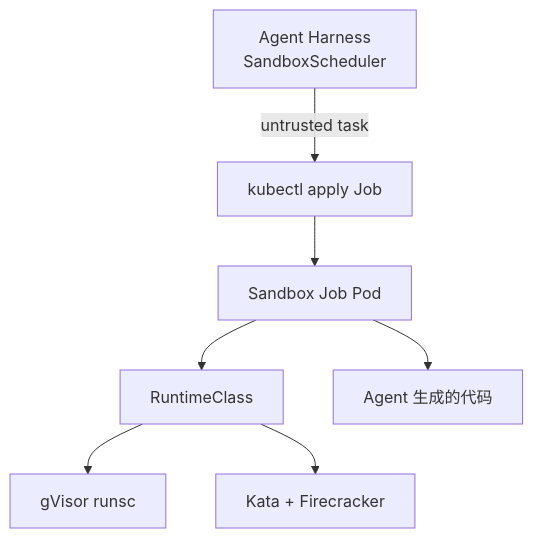
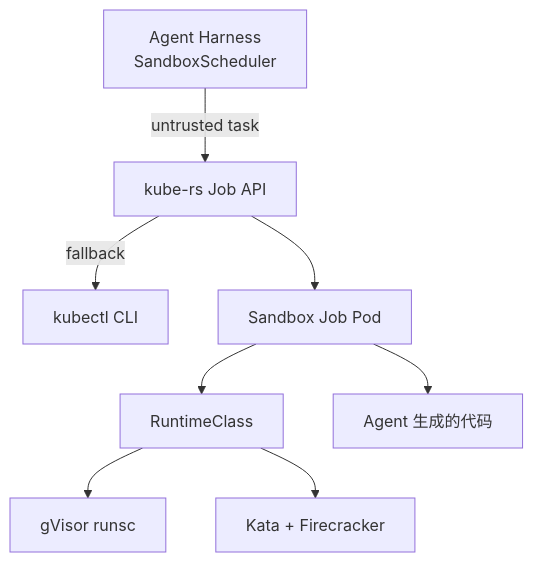
One commit to huangyuantao19920411/agent-harness-rs changed the diagram in docs/k8s-deployment.md. Above: the diagram before and after it, drawn with Mermaid. The commit also changed other lines of this file and 66 other files, not shown here.

First line of the commit message:
Add Codex-inspired agent features: compaction, guardian, memory, skills, and PTY sandbox.

````diff
--- a/docs/k8s-deployment.md
+++ b/docs/k8s-deployment.md
@@ -8,9 +8,10 @@
 ```mermaid
 graph TB
-    HARNESS[Agent Harness<br/>SandboxScheduler] -->|untrusted task| K8S_API[kubectl apply Job]
+    HARNESS[Agent Harness<br/>SandboxScheduler] -->|untrusted task| K8S_API[kube-rs Job API]
+    K8S_API -->|fallback| KUBECTL[kubectl CLI]
     K8S_API --> JOB[Sandbox Job Pod]
     JOB --> RC[RuntimeClass]
     RC --> G[gVisor runsc]
     RC --> F[Kata + Firecracker]
     JOB --> CODE[Agent 生成的代码]
 ```
````
